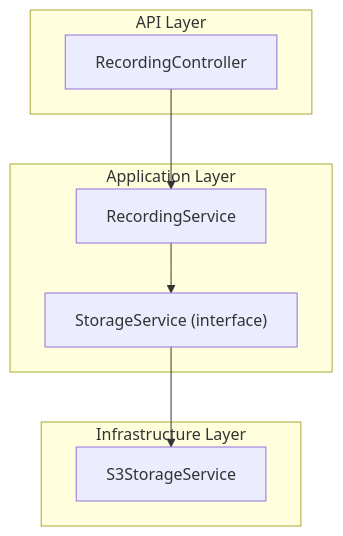
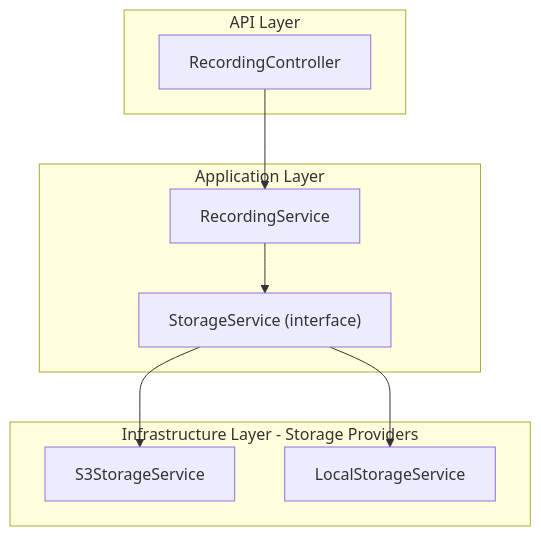
Before and after one commit to Vostrikov2014/vks-qoder: the first of 9 diagrams in .qoder/repowiki/en/content/Backend Modules/Infrastructure Layer/Storage Integration.md, drawn with Mermaid. The commit also changed other lines of this file and 11 other files, not shown here.

````diff
--- a/.qoder/repowiki/en/content/Backend Modules/Infrastructure Layer/Storage Integration.md
+++ b/.qoder/repowiki/en/content/Backend Modules/Infrastructure Layer/Storage Integration.md
@@ -33,16 +44,18 @@
 ```mermaid
 graph TB
 subgraph "API Layer"
 RC["RecordingController"]
 end
 subgraph "Application Layer"
 RSvc["RecordingService"]
 ISvc["StorageService (interface)"]
 end
-subgraph "Infrastructure Layer"
+subgraph "Infrastructure Layer - Storage Providers"
 S3Svc["S3StorageService"]
+LSvc["LocalStorageService"]
 end
 RC --> RSvc
 RSvc --> ISvc
 ISvc --> S3Svc
+ISvc --> LSvc
 ```
````
